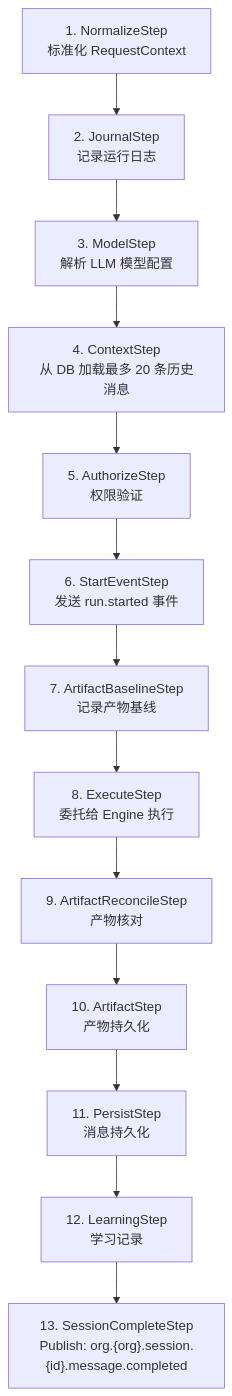
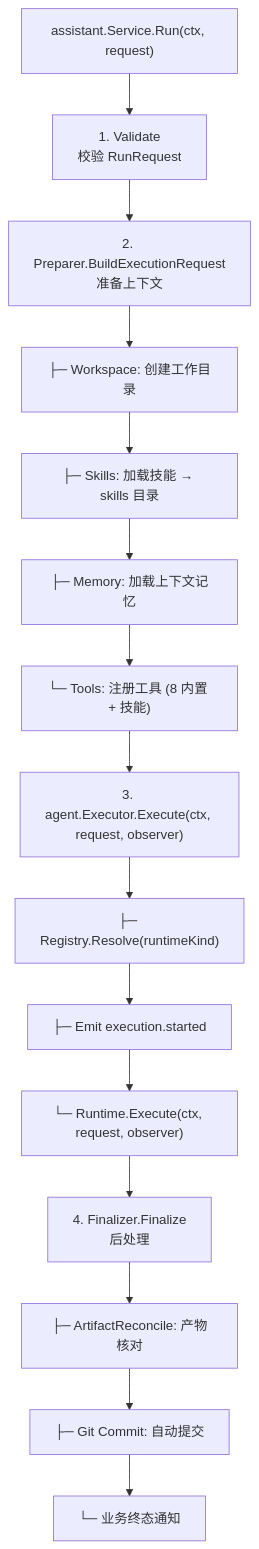
One commit to morehao/oss-insights changed the fifth of 8 diagrams in agent-product/leros/user-session-full-flow.md. Above: the diagram before and after it, drawn with Mermaid. The commit also changed other lines of this file and 4 other files, not shown here.

Commit message:
docs(leros): update architecture and data flow documents

````diff
--- a/agent-product/leros/user-session-full-flow.md
+++ b/agent-product/leros/user-session-full-flow.md
@@ -210,18 +211,25 @@
 ```mermaid
 flowchart TD
-    S1["1. NormalizeStep<br/>标准化 RequestContext"]
-    S2["2. JournalStep<br/>记录运行日志"]
-    S3["3. ModelStep<br/>解析 LLM 模型配置"]
-    S4["4. ContextStep<br/>从 DB 加载最多 20 条历史消息"]
-    S5["5. AuthorizeStep<br/>权限验证"]
-    S6["6. StartEventStep<br/>发送 run.started 事件"]
-    S7["7. ArtifactBaselineStep<br/>记录产物基线"]
-    S8["8. ExecuteStep<br/>委托给 Engine 执行"]
-    S9["9. ArtifactReconcileStep<br/>产物核对"]
-    S10["10. ArtifactStep<br/>产物持久化"]
-    S11["11. PersistStep<br/>消息持久化"]
-    S12["12. LearningStep<br/>学习记录"]
-    S13["13. SessionCompleteStep<br/>Publish: org.{org}.session.{id}.message.completed"]
+    S0["assistant.Service.Run(ctx, request)"]
+    S1["1. Validate<br/>校验 RunRequest"]
+    S2["2. Preparer.BuildExecutionRequest<br/>准备上下文"]
+    S2S1["  ├─ Workspace: 创建工作目录"]
+    S2S2["  ├─ Skills: 加载技能 → skills 目录"]
+    S2S3["  ├─ Memory: 加载上下文记忆"]
+    S2S4["  └─ Tools: 注册工具 (8 内置 + 技能)"]
+    S3["3. agent.Executor.Execute(ctx, request, observer)"]
+    S3S1["  ├─ Registry.Resolve(runtimeKind)"]
+    S3S2["  ├─ Emit execution.started"]
+    S3S3["  └─ Runtime.Execute(ctx, request, observer)"]
+    S4["4. Finalizer.Finalize<br/>后处理"]
+    S4S1["  ├─ ArtifactReconcile: 产物核对"]
+    S4S2["  ├─ Git Commit: 自动提交"]
+    S4S3["  └─ 业务终态通知"]
 
-    S1 --> S2 --> S3 --> S4 --> S5 --> S6 --> S7 --> S8 --> S9 --> S10 --> S11 --> S12 --> S13
+    S0 --> S1 --> S2
+    S2 --> S2S1 --> S2S2 --> S2S3 --> S2S4
+    S2S4 --> S3
+    S3 --> S3S1 --> S3S2 --> S3S3
+    S3S3 --> S4
+    S4 --> S4S1 --> S4S2 --> S4S3
 ```
````
